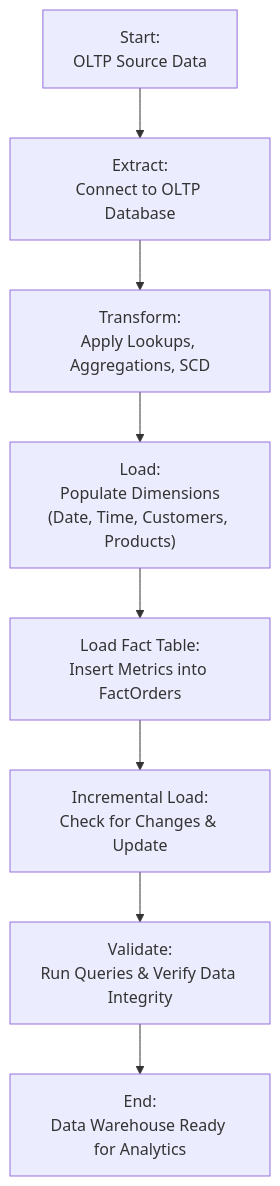
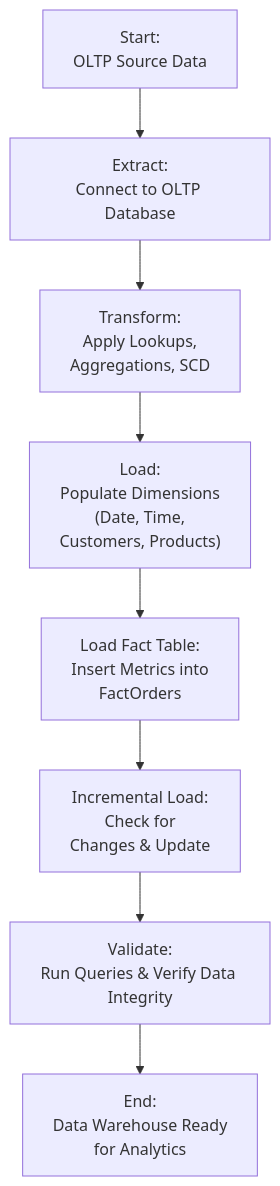
One commit to honda003/Sales-Data-Warehouse-ETL changed the diagram in README.md. Above: the diagram before and after it, drawn with Mermaid.

````diff
--- a/README.md
+++ b/README.md
@@ -88,12 +88,12 @@
 ```mermaid
 graph TD;
     A["Start:<br/>OLTP Source Data"] --> B["Extract:<br/>Connect to OLTP Database"];
-    B --> C["Transform:<br/>Apply Lookups, Aggregations, SCD"];
-    C --> D["Load:<br/>Populate Dimensions<br/>(Date, Time, Customers, Products)"];
-    D --> E["Load Fact Table:<br/>Insert Metrics into FactOrders"];
-    E --> F["Incremental Load:<br/>Check for Changes & Update"];
+    B --> C["Transform:<br/>Apply Lookups, <br/> Aggregations, SCD"];
+    C --> D["Load:<br/>Populate Dimensions<br/>(Date, Time, <br/> Customers, Products)"];
+    D --> E["Load Fact Table:<br/>Insert Metrics into <br/> FactOrders"];
+    E --> F["Incremental Load:<br/>Check for <br/> Changes & Update"];
     F --> G["Validate:<br/>Run Queries & Verify Data Integrity"];
-    G --> H["End:<br/>Data Warehouse Ready for Analytics"];
+    G --> H["End:<br/>Data Warehouse Ready <br/> for Analytics"];
 
 
 ```
````
